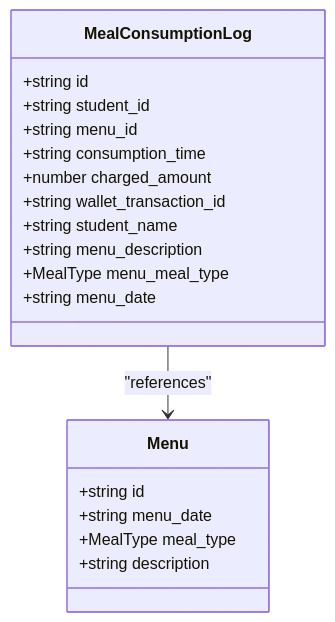
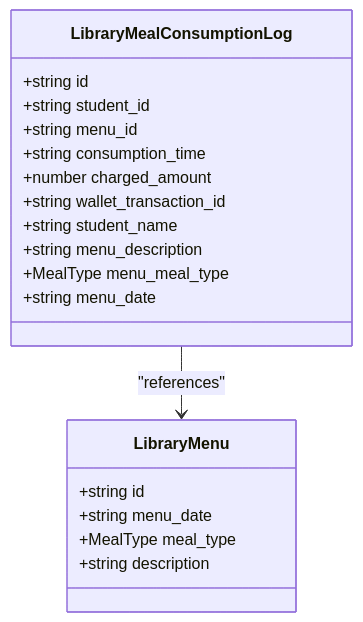
Before and after one commit to geniusdynamics/schoolpilot: diagram 11 of 13 in .qoder/repowiki/en/content/Modules System/Nutrition Module.md, drawn with Mermaid. The commit also changed other lines of this file and 54 other files, not shown here.

````diff
--- a/.qoder/repowiki/en/content/Modules System/Nutrition Module.md
+++ b/.qoder/repowiki/en/content/Modules System/Nutrition Module.md
@@ -550,22 +1509,22 @@
 ```mermaid
 classDiagram
-class MealConsumptionLog {
+class LibraryMealConsumptionLog {
 +string id
 +string student_id
 +string menu_id
 +string consumption_time
 +number charged_amount
 +string wallet_transaction_id
 +string student_name
 +string menu_description
 +MealType menu_meal_type
 +string menu_date
 }
-class Menu {
+class LibraryMenu {
 +string id
 +string menu_date
 +MealType meal_type
 +string description
 }
-MealConsumptionLog --> Menu : "references"
+LibraryMealConsumptionLog --> LibraryMenu : "references"
 ```
````
